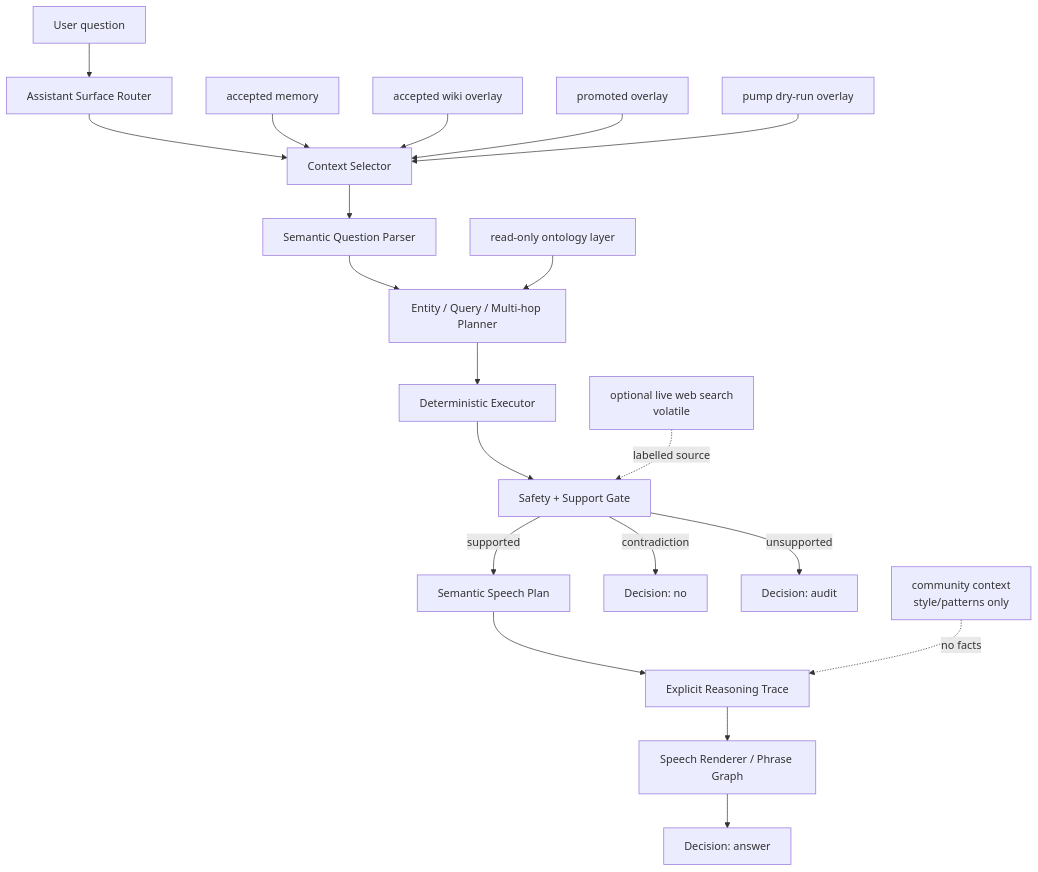
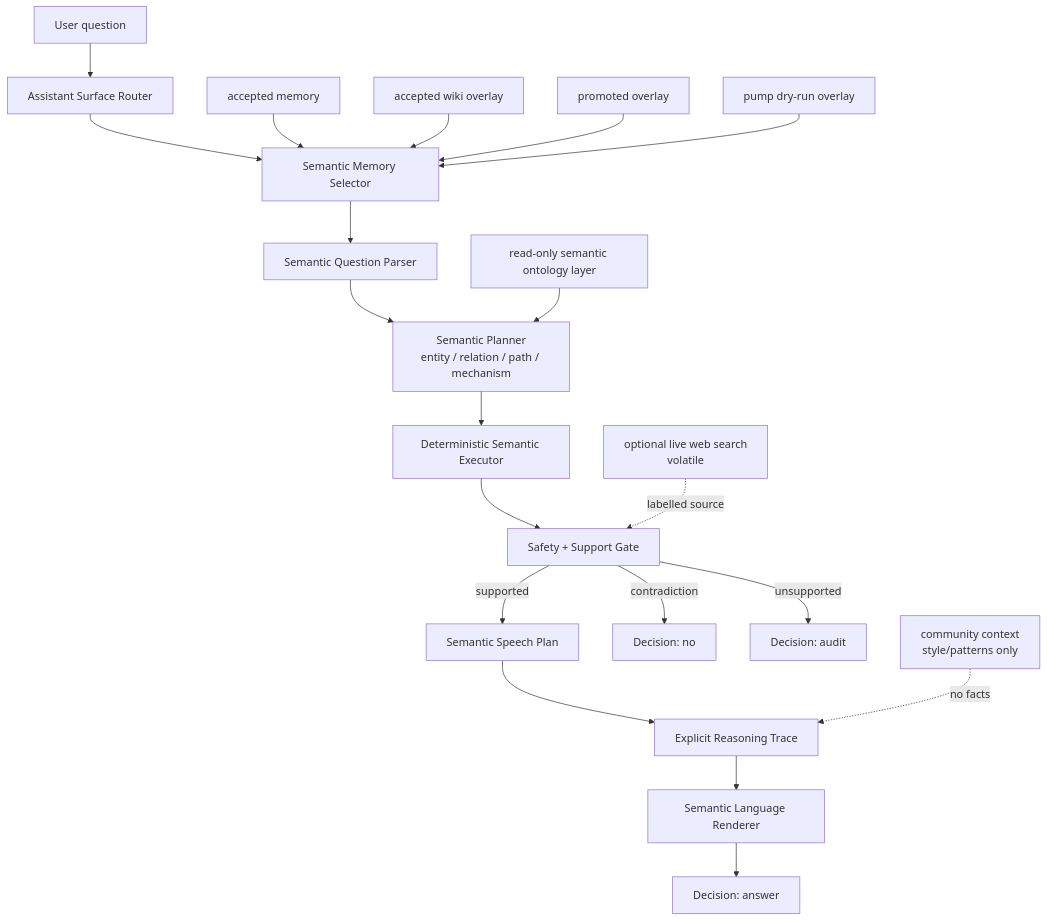
The first of 5 diagrams in README.md (zowelqqee/microworld), drawn with Mermaid before and after one commit. The commit also changed other lines of this file, not shown here.

Commit message:
Document semantic Microworld architecture

````diff
--- a/README.md
+++ b/README.md
@@ -341,23 +390,23 @@
 ```mermaid
 flowchart TD
     Q["User question"] --> R["Assistant Surface Router"]
-    R --> C["Context Selector"]
+    R --> C["Semantic Memory Selector"]
     C --> P["Semantic Question Parser"]
-    P --> A["Entity / Query / Multi-hop Planner"]
-    A --> E["Deterministic Executor"]
+    P --> A["Semantic Planner<br/>entity / relation / path / mechanism"]
+    A --> E["Deterministic Semantic Executor"]
     E --> S["Safety + Support Gate"]
     S -->|supported| SP["Semantic Speech Plan"]
     SP --> RE["Explicit Reasoning Trace"]
-    RE --> Render["Speech Renderer / Phrase Graph"]
+    RE --> Render["Semantic Language Renderer"]
     S -->|contradiction| No["Decision: no"]
     S -->|unsupported| Audit["Decision: audit"]
     Render --> Ans["Decision: answer"]
 
     M1["accepted memory"] --> C
     M2["accepted wiki overlay"] --> C
     M3["promoted overlay"] --> C
     M4["pump dry-run overlay"] --> C
-    O["read-only ontology layer"] --> A
+    O["read-only semantic ontology layer"] --> A
     CC["community context<br/>style/patterns only"] -. no facts .-> RE
     WS["optional live web search<br/>volatile"] -. labelled source .-> S
 ```
````
